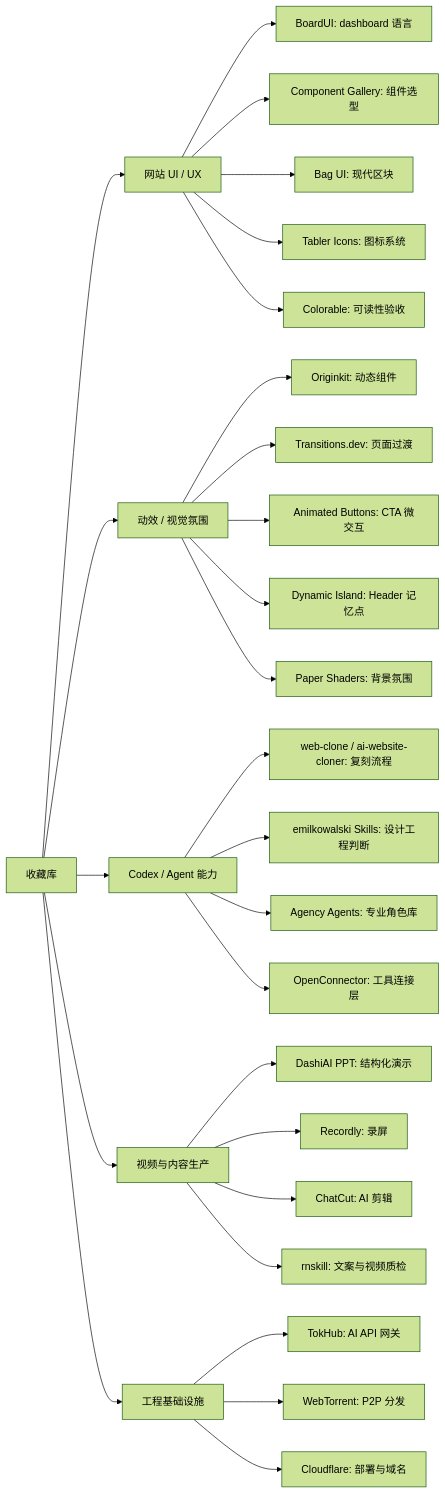
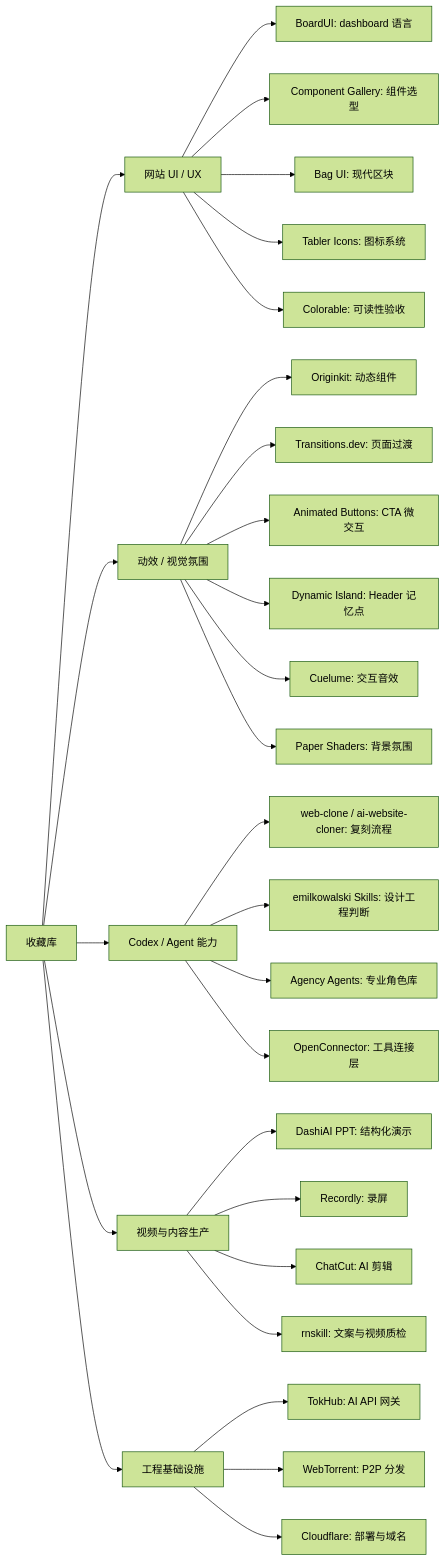
One commit to youfei0719/glint-vault changed the diagram in _索引/多媒体收藏地图.md. Above: the diagram before and after it, drawn with Mermaid (forest theme). The commit also changed other lines of this file and 7 other files, not shown here.

````diff
--- a/_索引/多媒体收藏地图.md
+++ b/_索引/多媒体收藏地图.md
@@ -109,34 +110,35 @@
 ```mermaid
 flowchart LR
   A["收藏库"] --> B["网站 UI / UX"]
   A --> C["动效 / 视觉氛围"]
   A --> D["Codex / Agent 能力"]
   A --> E["视频与内容生产"]
   A --> F["工程基础设施"]
 
   B --> B1["BoardUI: dashboard 语言"]
   B --> B2["Component Gallery: 组件选型"]
   B --> B3["Bag UI: 现代区块"]
   B --> B4["Tabler Icons: 图标系统"]
   B --> B5["Colorable: 可读性验收"]
 
   C --> C1["Originkit: 动态组件"]
   C --> C2["Transitions.dev: 页面过渡"]
   C --> C3["Animated Buttons: CTA 微交互"]
   C --> C4["Dynamic Island: Header 记忆点"]
-  C --> C5["Paper Shaders: 背景氛围"]
+  C --> C5["Cuelume: 交互音效"]
+  C --> C6["Paper Shaders: 背景氛围"]
 
   D --> D1["web-clone / ai-website-cloner: 复刻流程"]
   D --> D2["emilkowalski Skills: 设计工程判断"]
   D --> D3["Agency Agents: 专业角色库"]
   D --> D4["OpenConnector: 工具连接层"]
 
   E --> E1["DashiAI PPT: 结构化演示"]
   E --> E2["Recordly: 录屏"]
   E --> E3["ChatCut: AI 剪辑"]
   E --> E4["rnskill: 文案与视频质检"]
 
   F --> F1["TokHub: AI API 网关"]
   F --> F2["WebTorrent: P2P 分发"]
   F --> F3["Cloudflare: 部署与域名"]
 ```
````
